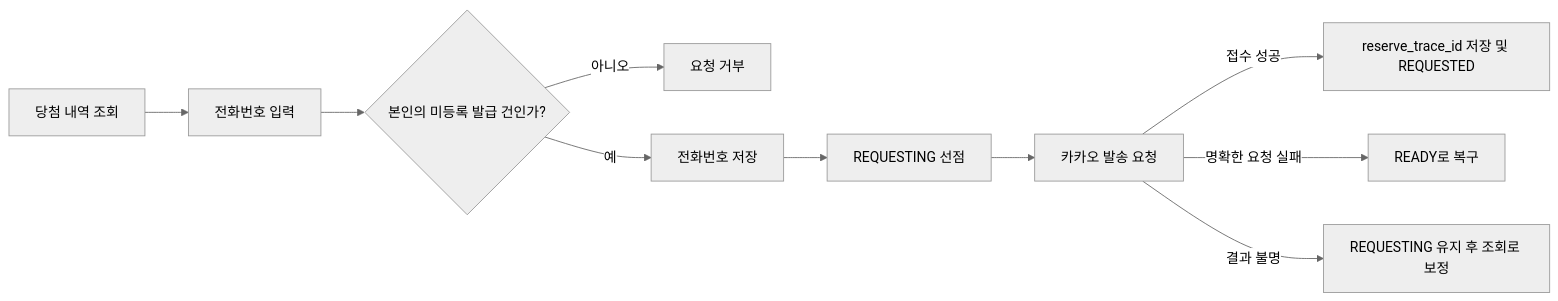
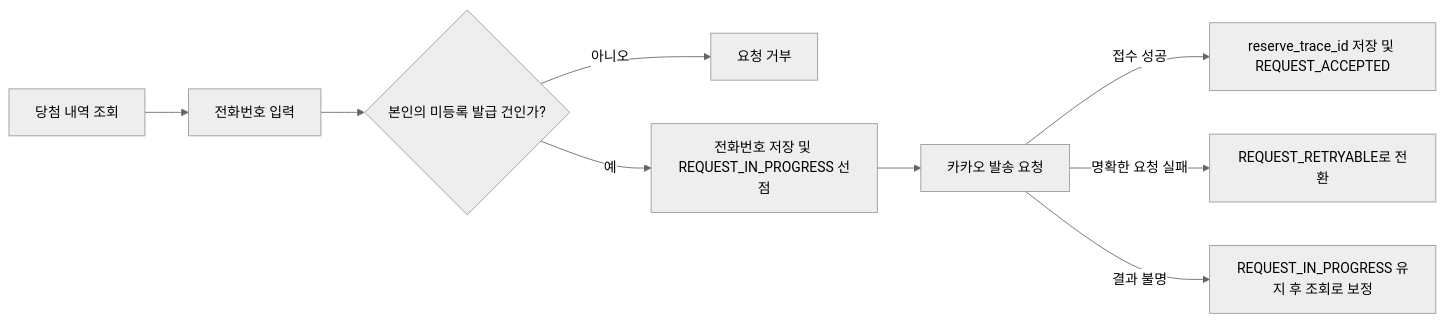
The third of 3 diagrams in backend/docs/prediction-prd.md (woowacourse-teams/2025-yagu-bogu), drawn with Mermaid (neutral theme) before and after one commit. The commit also changed other lines of this file and 6 other files, not shown here.

````diff
--- a/backend/docs/prediction-prd.md
+++ b/backend/docs/prediction-prd.md
@@ -103,12 +103,11 @@
 ```mermaid
 flowchart LR
     A[당첨 내역 조회] --> B[전화번호 입력]
     B --> C{본인의 미등록 발급 건인가?}
     C -- 아니오 --> D[요청 거부]
-    C -- 예 --> E[전화번호 저장]
-    E --> F[REQUESTING 선점]
-    F --> G[카카오 발송 요청]
-    G -- 접수 성공 --> H[reserve_trace_id 저장 및 REQUESTED]
-    G -- 명확한 요청 실패 --> I[READY로 복구]
-    G -- 결과 불명 --> J[REQUESTING 유지 후 조회로 보정]
+    C -- 예 --> E[전화번호 저장 및 REQUEST_IN_PROGRESS 선점]
+    E --> G[카카오 발송 요청]
+    G -- 접수 성공 --> H[reserve_trace_id 저장 및 REQUEST_ACCEPTED]
+    G -- 명확한 요청 실패 --> I[REQUEST_RETRYABLE로 전환]
+    G -- 결과 불명 --> J[REQUEST_IN_PROGRESS 유지 후 조회로 보정]
 ```
````
